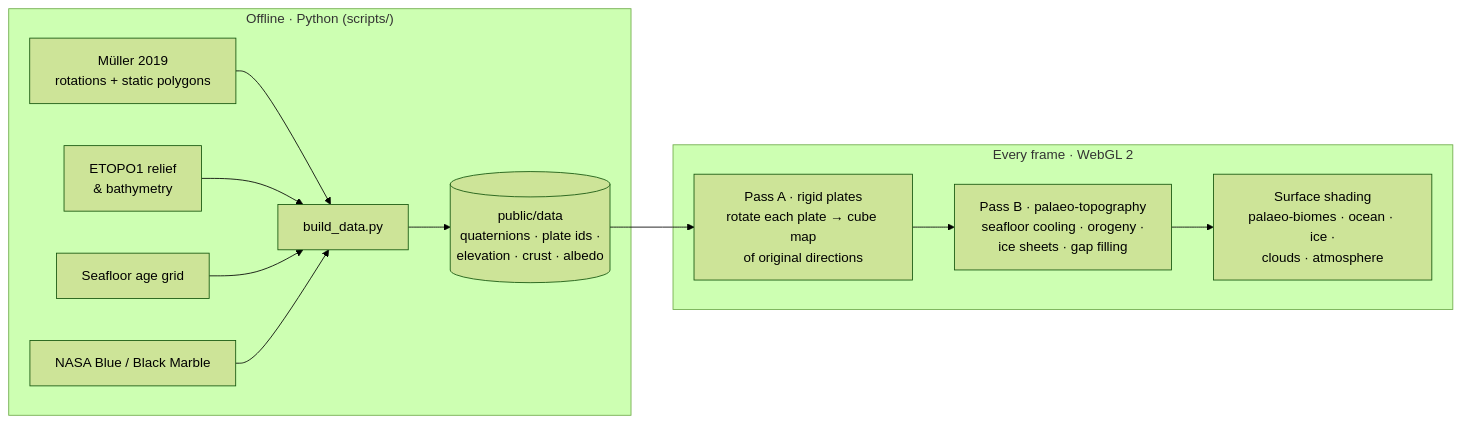
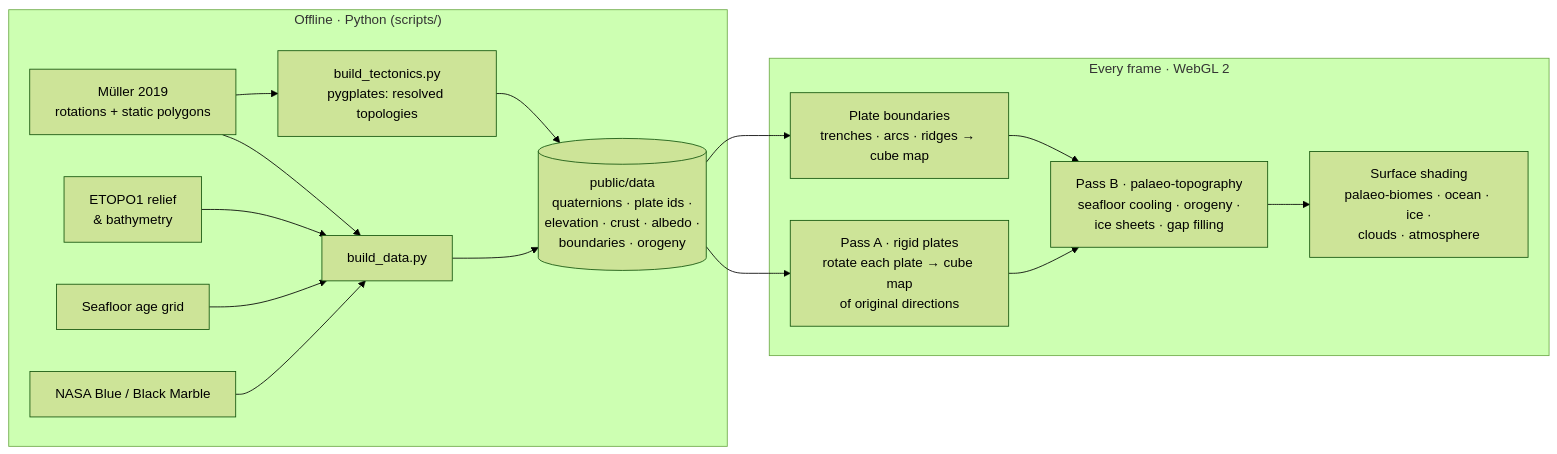
The diagram in README.md (Elkhan-Isayev/pangaea-drift), drawn with Mermaid (forest theme) before and after one commit. The commit also changed other lines of this file and 21 other files, not shown here.

First line of the commit message:
Plate-boundary driven tectonics and tectonics overlay

````diff
--- a/README.md
+++ b/README.md
@@ -82,15 +83,19 @@
 ```mermaid
 flowchart LR
   subgraph Offline["Offline · Python (scripts/)"]
     A[Müller 2019<br/>rotations + static polygons] --> P[build_data.py]
     B[ETOPO1 relief<br/>& bathymetry] --> P
     C[Seafloor age grid] --> P
     D[NASA Blue / Black Marble] --> P
-    P --> E[(public/data<br/>quaternions · plate ids ·<br/>elevation · crust · albedo)]
+    A --> T[build_tectonics.py<br/>pygplates: resolved topologies]
+    P --> E[(public/data<br/>quaternions · plate ids ·<br/>elevation · crust · albedo ·<br/>boundaries · orogeny)]
+    T --> E
   end
   subgraph GPU["Every frame · WebGL 2"]
     E --> F["Pass A · rigid plates<br/>rotate each plate → cube map<br/>of original directions"]
+    E --> K["Plate boundaries<br/>trenches · arcs · ridges → cube map"]
     F --> G["Pass B · palaeo-topography<br/>seafloor cooling · orogeny ·<br/>ice sheets · gap filling"]
+    K --> G
     G --> H["Surface shading<br/>palaeo-biomes · ocean · ice ·<br/>clouds · atmosphere"]
   end
 ```
````
